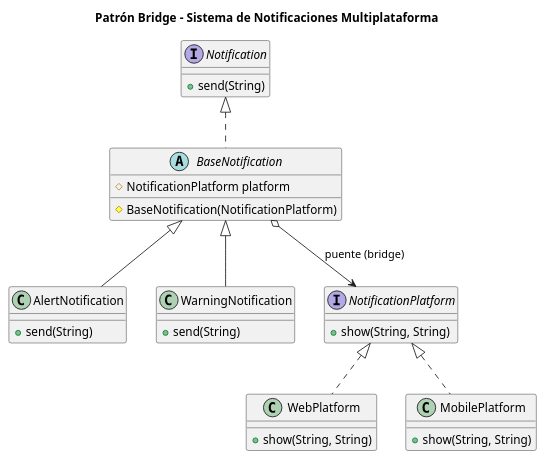
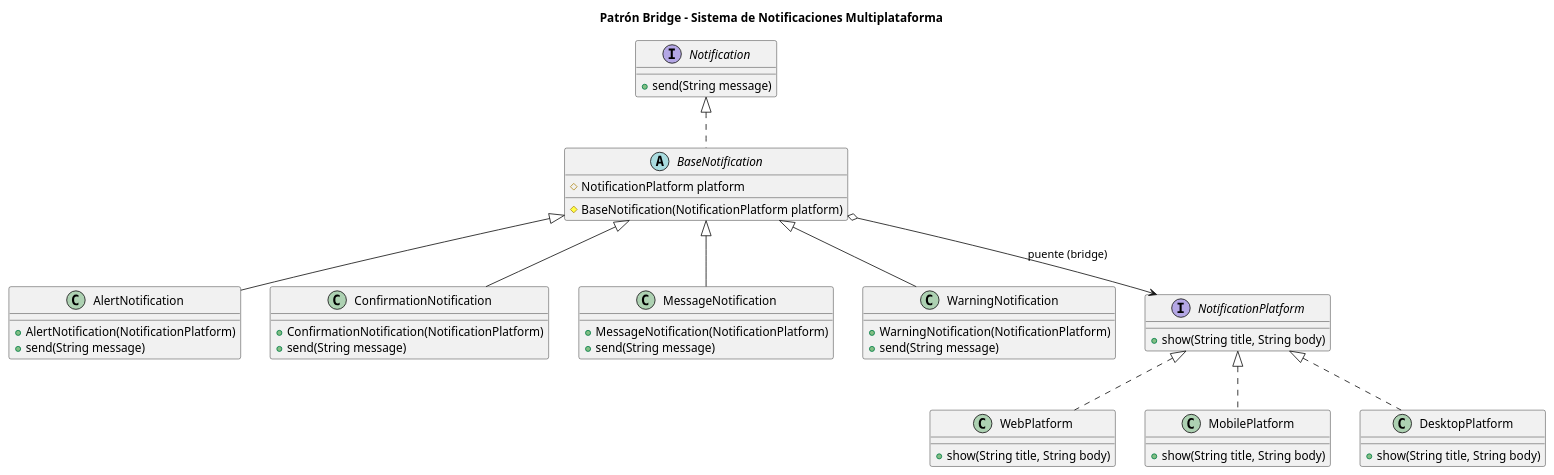
The diagram in notifications-bridge/uml/diagram.puml (Zanyllect68/design-patterns-java), drawn with PlantUML before and after one commit.

Commit message:
Update diagram.puml
Actualización diagrama

```diff
--- a/notifications-bridge/uml/diagram.puml
+++ b/notifications-bridge/uml/diagram.puml
@@ -1,42 +1,64 @@
 @startuml
 title Patrón Bridge - Sistema de Notificaciones Multiplataforma
 
 /' Abstracción '/
 interface Notification {
-    + send(String)
+    + send(String message)
 }
 
 abstract class BaseNotification {
     # NotificationPlatform platform
-    # BaseNotification(NotificationPlatform)
+    # BaseNotification(NotificationPlatform platform)
 }
 
 class AlertNotification {
-    + send(String)
+    + AlertNotification(NotificationPlatform)
+    + send(String message)
 }
+
+class ConfirmationNotification {
+    + ConfirmationNotification(NotificationPlatform)
+    + send(String message)
+}
+
+class MessageNotification {
+    + MessageNotification(NotificationPlatform)
+    + send(String message)
+}
+
 class WarningNotification {
-    + send(String)
+    + WarningNotification(NotificationPlatform)
+    + send(String message)
 }
-/' ... otras notificaciones ... '/
 
 /' Implementación (Implementor) '/
 interface NotificationPlatform {
-    + show(String, String)
+    + show(String title, String body)
 }
 
 class WebPlatform {
-    + show(String, String)
+    + show(String title, String body)
 }
+
 class MobilePlatform {
-    + show(String, String)
+    + show(String title, String body)
+}
+
+class DesktopPlatform {
+    + show(String title, String body)
 }
 
 /' Relaciones '/
 Notification <|.. BaseNotification
 BaseNotification o--> NotificationPlatform : "puente (bridge)"
+
 BaseNotification <|-- AlertNotification
+BaseNotification <|-- ConfirmationNotification
+BaseNotification <|-- MessageNotification
 BaseNotification <|-- WarningNotification
+
 NotificationPlatform <|.. WebPlatform
 NotificationPlatform <|.. MobilePlatform
+NotificationPlatform <|.. DesktopPlatform
 
 @enduml
```
